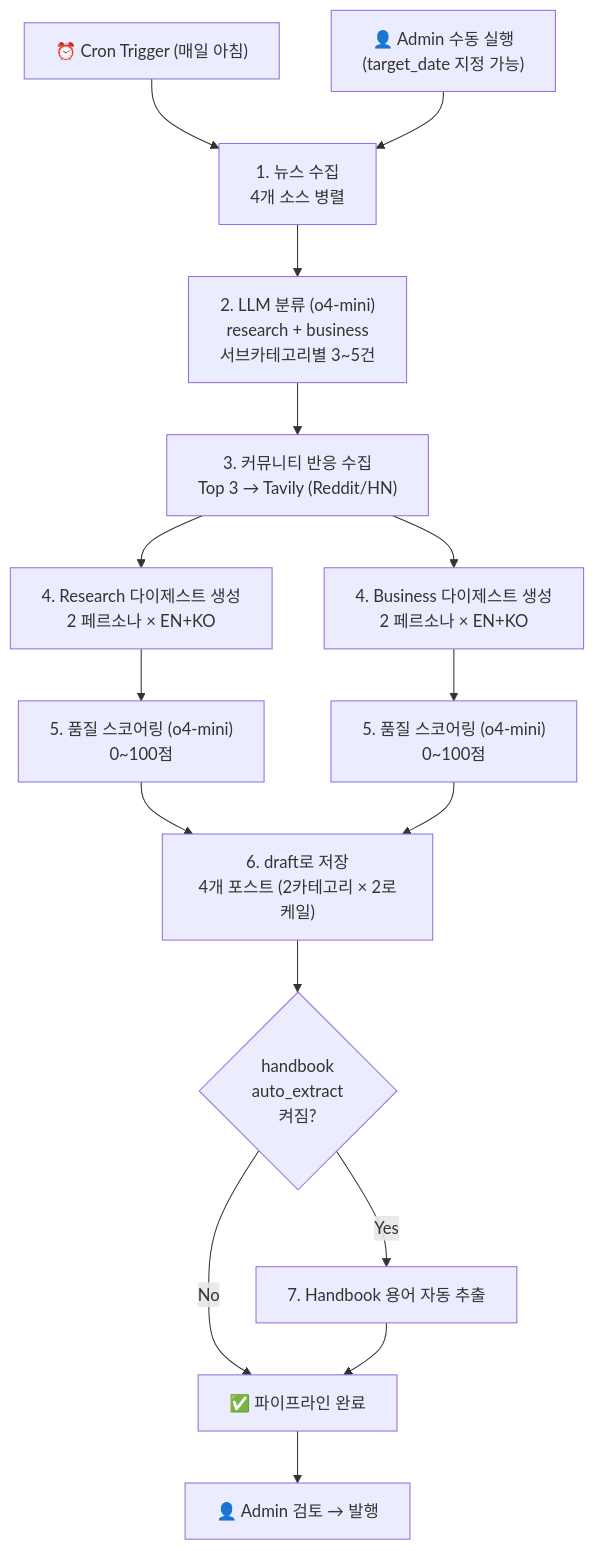
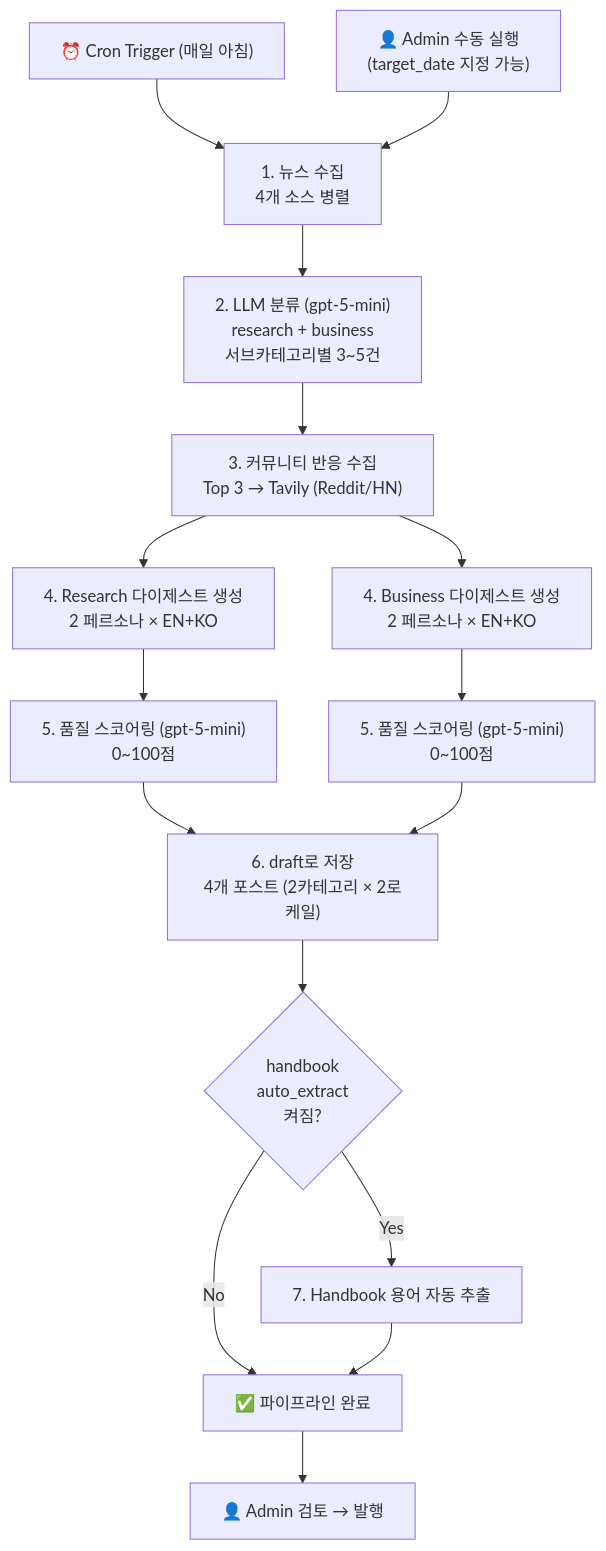
One commit to x0to1log/0to1log changed the first of 3 diagrams in vault/04-AI-System/AI-News-Pipeline-Design.md. Above: the diagram before and after it, drawn with Mermaid. The commit also changed other lines of this file and 5 other files, not shown here.

````diff
--- a/vault/04-AI-System/AI-News-Pipeline-Design.md
+++ b/vault/04-AI-System/AI-News-Pipeline-Design.md
@@ -22,25 +22,25 @@
 ```mermaid
 flowchart TD
     CRON["⏰ Cron Trigger (매일 아침)"] --> COLLECT["1. 뉴스 수집\n4개 소스 병렬"]
     ADMIN_BTN["👤 Admin 수동 실행\n(target_date 지정 가능)"] --> COLLECT
 
-    COLLECT --> CLASSIFY["2. LLM 분류 (o4-mini)\nresearch + business\n서브카테고리별 3~5건"]
+    COLLECT --> CLASSIFY["2. LLM 분류 (gpt-5-mini)\nresearch + business\n서브카테고리별 3~5건"]
 
     CLASSIFY --> COMMUNITY["3. 커뮤니티 반응 수집\nTop 3 → Tavily (Reddit/HN)"]
 
     COMMUNITY --> GEN_R["4. Research 다이제스트 생성\n2 페르소나 × EN+KO"]
     COMMUNITY --> GEN_B["4. Business 다이제스트 생성\n2 페르소나 × EN+KO"]
 
-    GEN_R --> QUALITY_R["5. 품질 스코어링 (o4-mini)\n0~100점"]
-    GEN_B --> QUALITY_B["5. 품질 스코어링 (o4-mini)\n0~100점"]
+    GEN_R --> QUALITY_R["5. 품질 스코어링 (gpt-5-mini)\n0~100점"]
+    GEN_B --> QUALITY_B["5. 품질 스코어링 (gpt-5-mini)\n0~100점"]
 
     QUALITY_R --> SAVE["6. draft로 저장\n4개 포스트 (2카테고리 × 2로케일)"]
     QUALITY_B --> SAVE
 
     SAVE --> HB{"handbook\nauto_extract\n켜짐?"}
     HB -->|Yes| EXTRACT["7. Handbook 용어 자동 추출"]
     HB -->|No| DONE["✅ 파이프라인 완료"]
     EXTRACT --> DONE
 
     DONE --> ADMIN_REVIEW["👤 Admin 검토 → 발행"]
 ```
````
